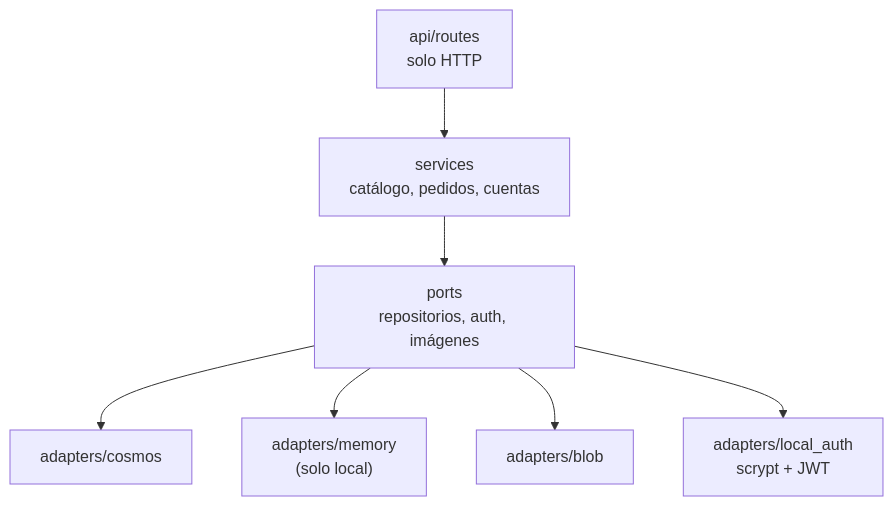
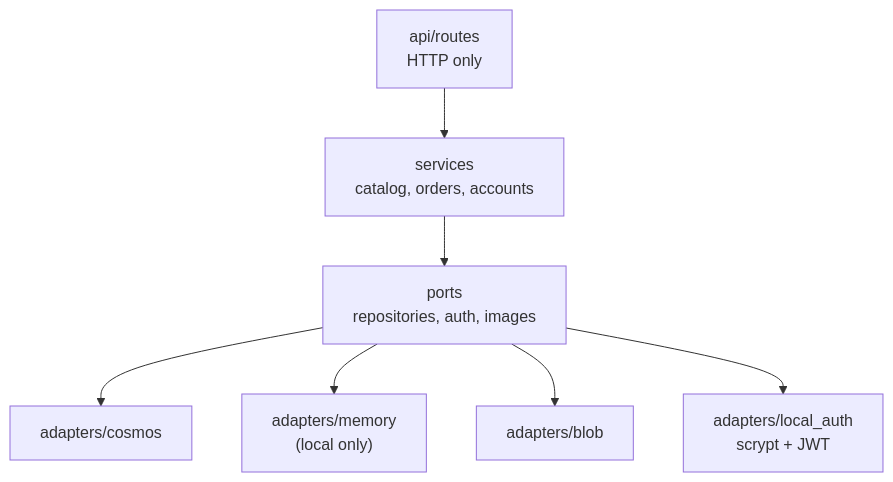
The second of 2 diagrams in docs/diagramas/architecture.md (Andr3xDev/migas-en-la-nube), drawn with Mermaid before and after one commit. The commit also changed other lines of this file and 11 other files, not shown here.

Commit message:
docs: translate diagrams to English

````diff
--- a/docs/diagramas/architecture.md
+++ b/docs/diagramas/architecture.md
@@ -31,9 +31,9 @@
 ```mermaid
 flowchart TB
-    Routes["api/routes<br/>solo HTTP"] --> Services["services<br/>catálogo, pedidos, cuentas"]
-    Services --> Ports["ports<br/>repositorios, auth, imágenes"]
+    Routes["api/routes<br/>HTTP only"] --> Services["services<br/>catalog, orders, accounts"]
+    Services --> Ports["ports<br/>repositories, auth, images"]
     Ports --> Cosmos["adapters/cosmos"]
-    Ports --> Memory["adapters/memory<br/>(solo local)"]
+    Ports --> Memory["adapters/memory<br/>(local only)"]
     Ports --> BlobA["adapters/blob"]
     Ports --> Auth["adapters/local_auth<br/>scrypt + JWT"]
 ```
````
